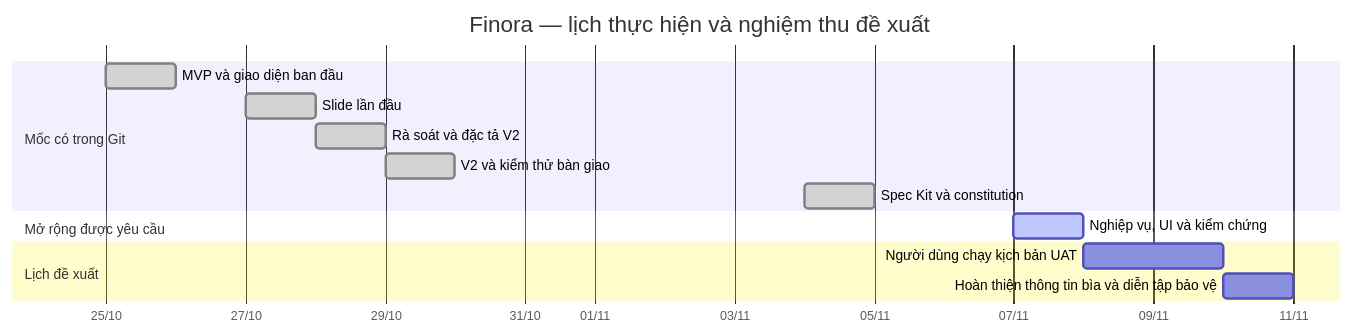
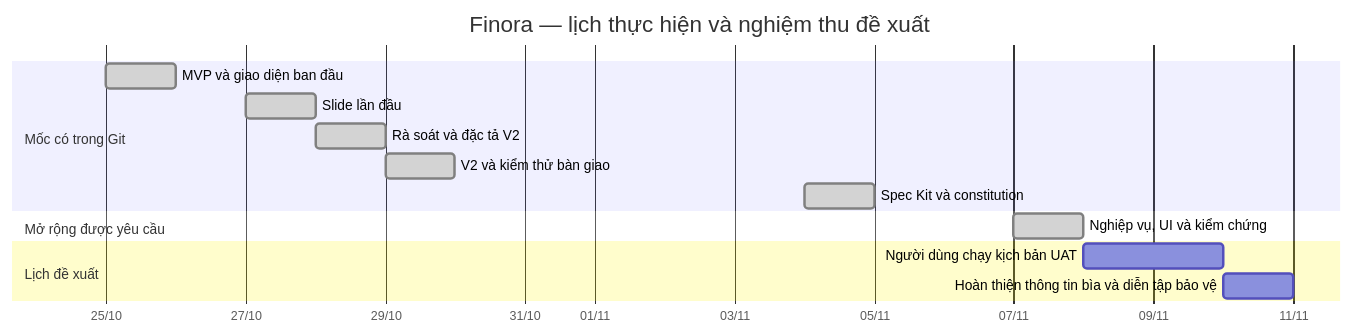
One commit to tunato2807-del/qlduanphammen changed the diagram in docs/PROJECT-MANAGEMENT.md. Above: the diagram before and after it, drawn with Mermaid. The commit also changed 2 other files, not shown here.

Commit message:
docs: record verified Finora completion and GitHub delivery

````diff
--- a/docs/PROJECT-MANAGEMENT.md
+++ b/docs/PROJECT-MANAGEMENT.md
@@ -29,17 +29,17 @@
 ```mermaid
 gantt
   title Finora — lịch thực hiện và nghiệm thu đề xuất
   dateFormat YYYY-MM-DD
   axisFormat %d/%m
   section Mốc có trong Git
   MVP và giao diện ban đầu :done, mvp, 2026-10-25, 1d
   Slide lần đầu :done, deck, 2026-10-27, 1d
   Rà soát và đặc tả V2 :done, analysis, 2026-10-28, 1d
   V2 và kiểm thử bàn giao :done, v2, 2026-10-29, 1d
   Spec Kit và constitution :done, spec, 2026-11-04, 1d
   section Mở rộng được yêu cầu
-  Nghiệp vụ, UI và kiểm chứng :active, ext, 2026-11-07, 1d
+  Nghiệp vụ, UI và kiểm chứng :done, ext, 2026-11-07, 1d
   section Lịch đề xuất
   Người dùng chạy kịch bản UAT :uat, 2026-11-08, 2d
   Hoàn thiện thông tin bìa và diễn tập bảo vệ :review, after uat, 1d
 ```
````
